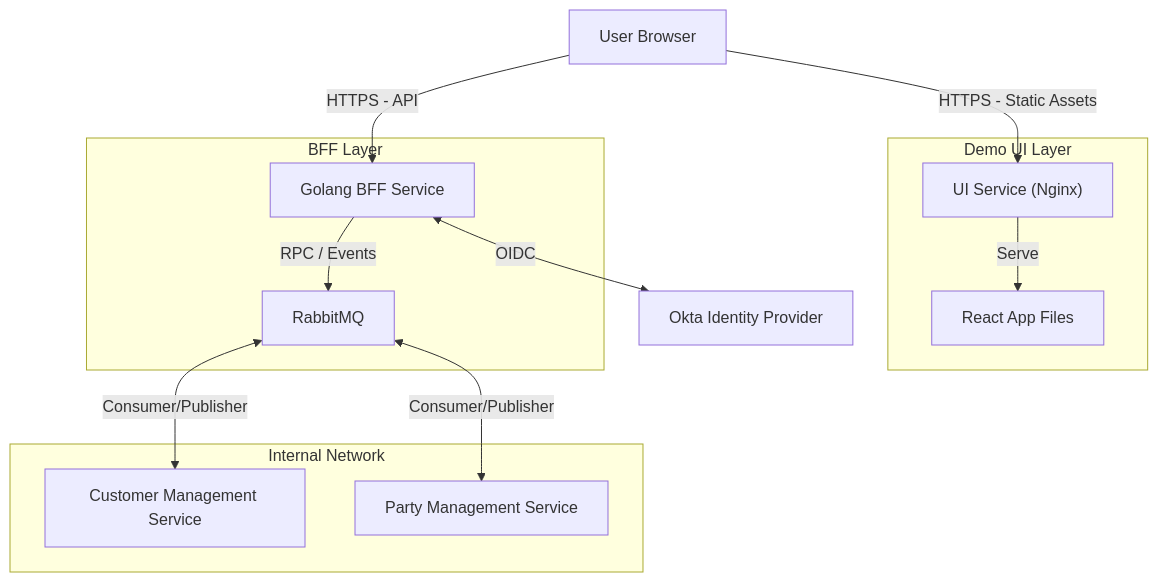
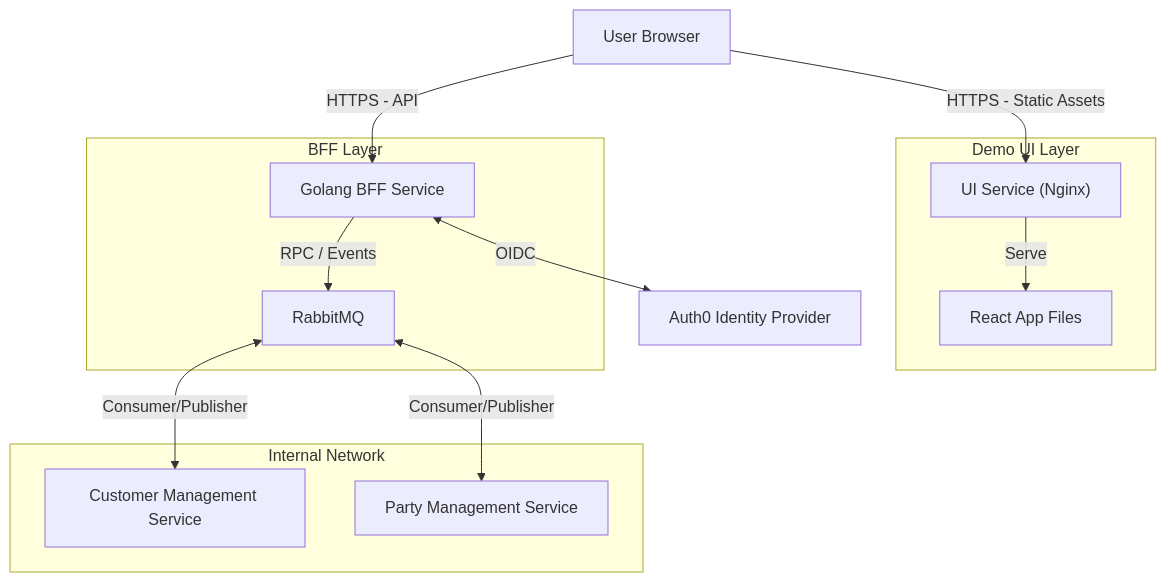
The diagram in services/demo-ui/docs/ARCHITECTURE.md (rohekood/tmf-ai-demo), drawn with Mermaid before and after one commit. The commit also changed other lines of this file and 66 other files, not shown here.

Commit message:
feat: Implement customer, party, and debug console UI features, update BFF with new handlers and websocket, and refactor authentication to Auth0 stateless JWT.

````diff
--- a/services/demo-ui/docs/ARCHITECTURE.md
+++ b/services/demo-ui/docs/ARCHITECTURE.md
@@ -31,21 +31,21 @@
 ```mermaid
 graph TD
     User[User Browser] 
     User -->|HTTPS - Static Assets| UI_Server["UI Service (Nginx)"]
     User -->|HTTPS - API| BFF[Golang BFF Service]
     
     subgraph "Demo UI Layer"
         UI_Server -->|Serve| UI[React App Files]
     end
     
     subgraph "BFF Layer"
        BFF -->|RPC / Events| Rabbit[RabbitMQ]
     end
     
     subgraph "Internal Network"
         Rabbit <-->|Consumer/Publisher| Cust[Customer Management Service]
         Rabbit <-->|Consumer/Publisher| Party[Party Management Service]
     end
     
-    BFF <-->|OIDC| Okta[Okta Identity Provider]
+    BFF <-->|OIDC| Auth0[Auth0 Identity Provider]
 ```
````
